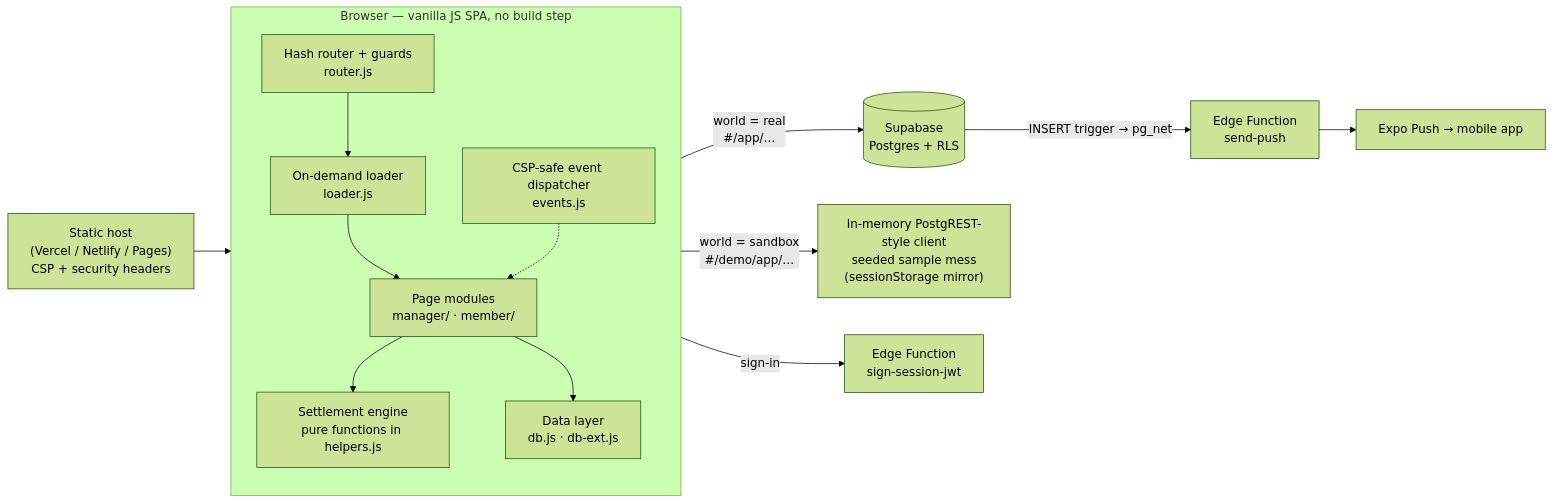
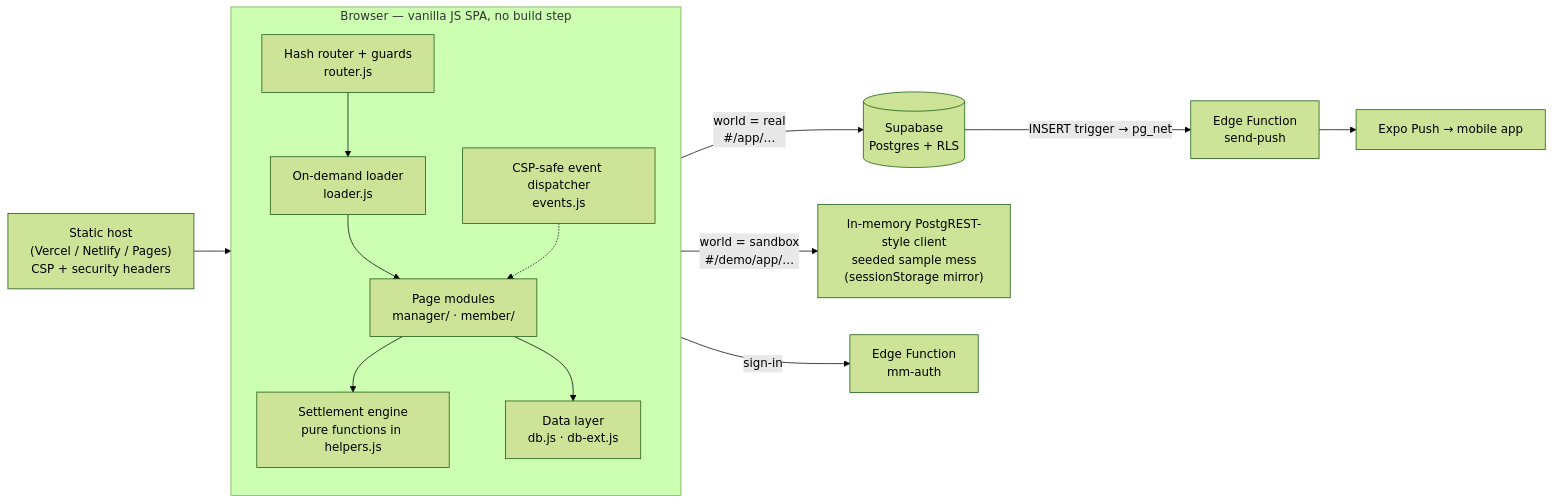
The first of 6 diagrams in README.md (ShahriyarH10/Mess-Managements), drawn with Mermaid (forest theme) before and after one commit. The commit also changed other lines of this file and 35 other files, not shown here.

````diff
--- a/README.md
+++ b/README.md
@@ -89,24 +89,24 @@
 ```mermaid
 flowchart LR
   Host["Static host<br/>(Vercel / Netlify / Pages)<br/>CSP + security headers"] --> Browser
 
   subgraph Browser["Browser — vanilla JS SPA, no build step"]
     direction TB
     Router["Hash router + guards<br/>router.js"]
     Loader["On-demand loader<br/>loader.js"]
     Events["CSP-safe event dispatcher<br/>events.js"]
     Pages["Page modules<br/>manager/ · member/"]
     Engine["Settlement engine<br/>pure functions in helpers.js"]
     Data["Data layer<br/>db.js · db-ext.js"]
     Router --> Loader --> Pages
     Events -.-> Pages
     Pages --> Engine
     Pages --> Data
   end
 
   Data -->|"world = real<br/>#/app/…"| SB[("Supabase<br/>Postgres + RLS")]
   Data -->|"world = sandbox<br/>#/demo/app/…"| Mock["In-memory PostgREST-style client<br/>seeded sample mess<br/>(sessionStorage mirror)"]
-  Browser -->|"sign-in"| EF1["Edge Function<br/>sign-session-jwt"]
+  Browser -->|"sign-in"| EF1["Edge Function<br/>mm-auth"]
   SB -->|"INSERT trigger → pg_net"| EF2["Edge Function<br/>send-push"]
   EF2 --> Expo["Expo Push → mobile app"]
 ```
````
